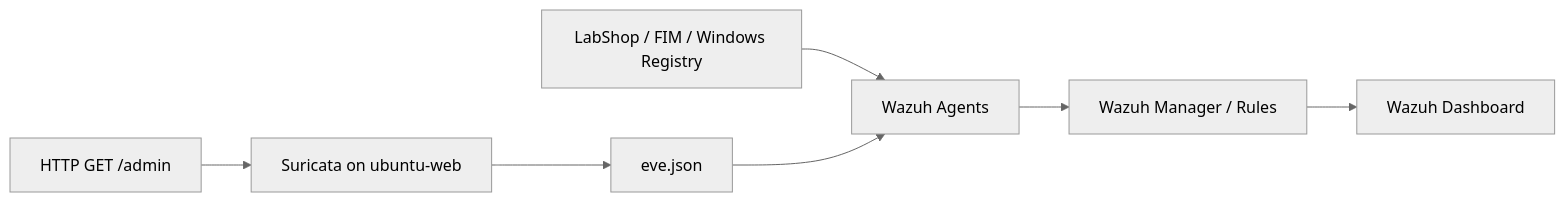
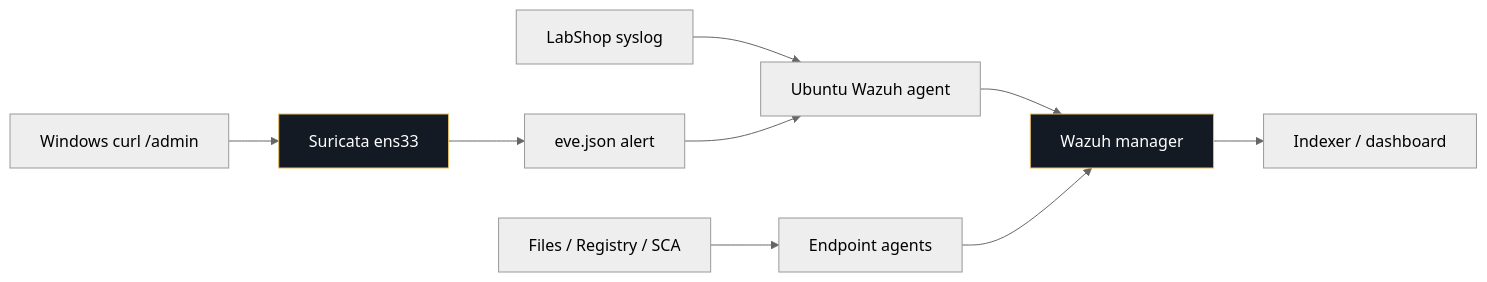
One commit to romanrzayev1111-png/Automated-SOC-Workflow changed the diagram in days/day-02/README.md. Above: the diagram before and after it, drawn with Mermaid (neutral theme). The commit also changed other lines of this file and 128 other files, not shown here.

````diff
--- a/days/day-02/README.md
+++ b/days/day-02/README.md
@@ -17,9 +44,13 @@
 ```mermaid
 flowchart LR
- A[LabShop / FIM / Windows Registry] --> B[Wazuh Agents]
- C[HTTP GET /admin] --> D[Suricata on ubuntu-web]
- D --> E[eve.json]
- E --> B
- B --> F[Wazuh Manager / Rules]
- F --> G[Wazuh Dashboard]
+  L[LabShop syslog] --> A[Ubuntu Wazuh agent]
+  F[Files / Registry / SCA] --> W[Endpoint agents]
+  C[Windows curl /admin] --> S[Suricata ens33]
+  S --> E[eve.json alert]
+  E --> A
+  A --> M[Wazuh manager]
+  W --> M
+  M --> I[Indexer / dashboard]
+  style S fill:#141A23,color:#ffffff,stroke:#E8BD62
+  style M fill:#141A23,color:#ffffff,stroke:#E8BD62
 ```
````
